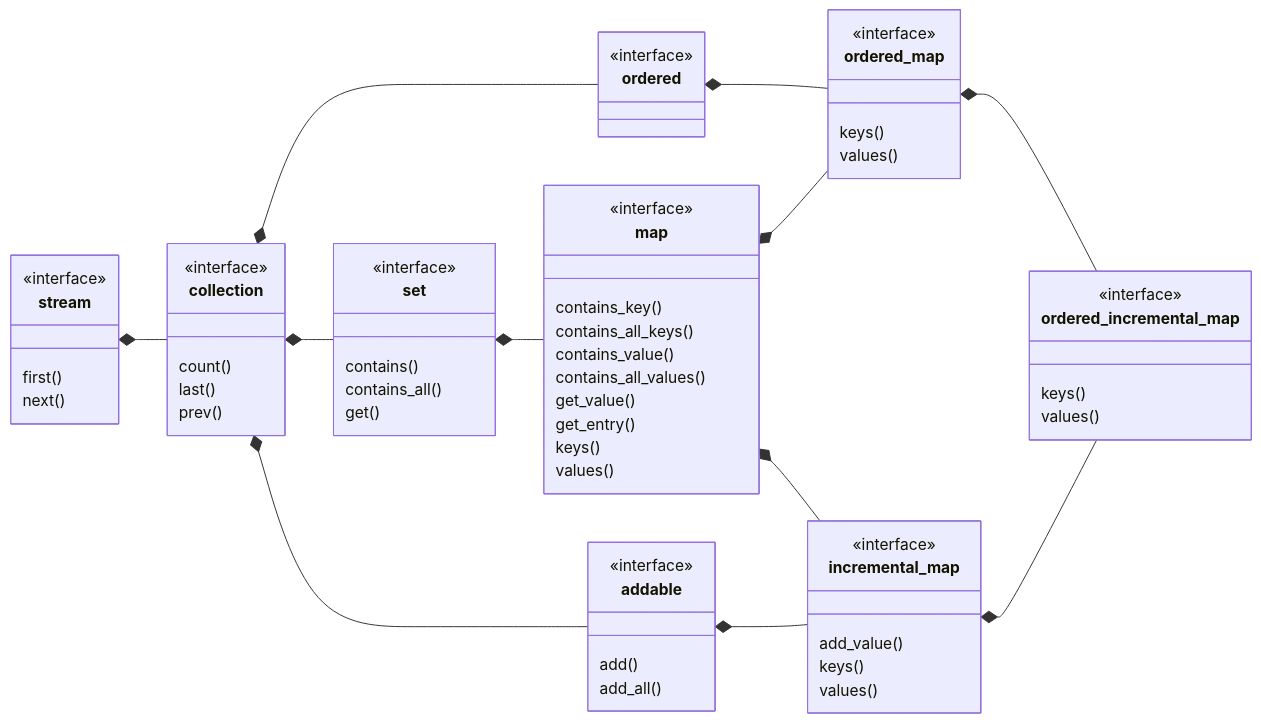
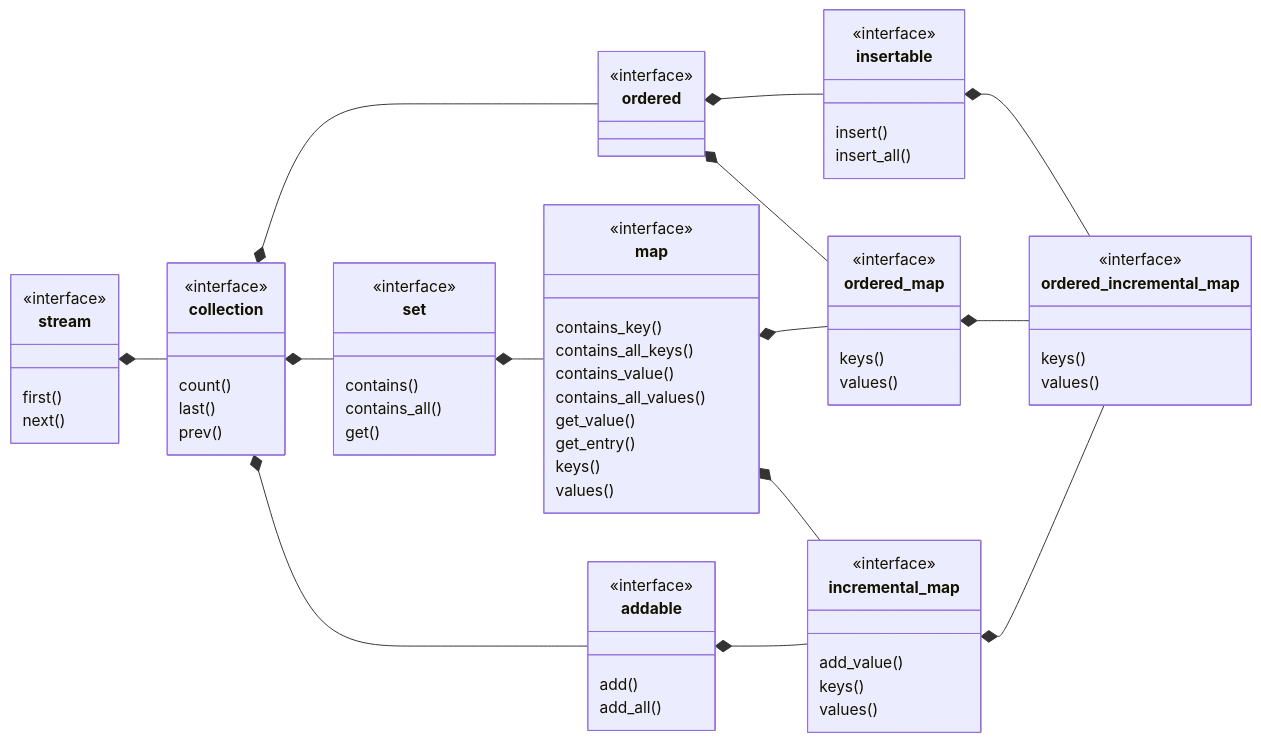
The diagram in doc/ordered_incremental_map.md (pretore/aquarium-butterflyfish), drawn with Mermaid before and after one commit. The commit also changed 17 other files, not shown here.

Commit message:
- added insertable_i_i - added insertable_i_i to ordered_incremental_map_i_i - added insertable_i_i to ordered_settable_incremental_map_i_i - added insertable_i_i to ordered_mutable_map_i_i

````diff
--- a/doc/ordered_incremental_map.md
+++ b/doc/ordered_incremental_map.md
@@ -3,66 +3,73 @@
 ```mermaid
 classDiagram
     direction LR
     class stream {
         first()
         next()
     }
     <<interface>> stream
     class collection {
         count()
         last()
         prev()
     }
     <<interface>> collection
     stream *-- collection
     class ordered
     <<interface>> ordered
     collection *-- ordered
+    class insertable {
+        insert()
+        insert_all()
+    }
+    <<interface>> insertable
+    ordered *-- insertable
     class set {
         contains()
         contains_all()
         get()
     }
     <<interface>> set
     collection *-- set
     class addable {
         add()
         add_all()      
     }
     <<interface>> addable
     collection *-- addable
     class map {
         contains_key()
         contains_all_keys()
         contains_value()
         contains_all_values()
         get_value()
         get_entry()
         keys()
         values()
     }
     <<interface>> map
     set *-- map
     class incremental_map {
         add_value()
         keys()
         values()
     }
     <<interface>> incremental_map
     map *-- incremental_map
     addable *-- incremental_map
     class ordered_map {
         keys()
         values()
     }
     <<interface>> ordered_map
     ordered *-- ordered_map
     map *-- ordered_map
     class ordered_incremental_map {
         keys()
         values()
     }
     <<interface>> ordered_incremental_map
+    insertable *-- ordered_incremental_map
     ordered_map *-- ordered_incremental_map
     incremental_map *-- ordered_incremental_map
 ```
````
